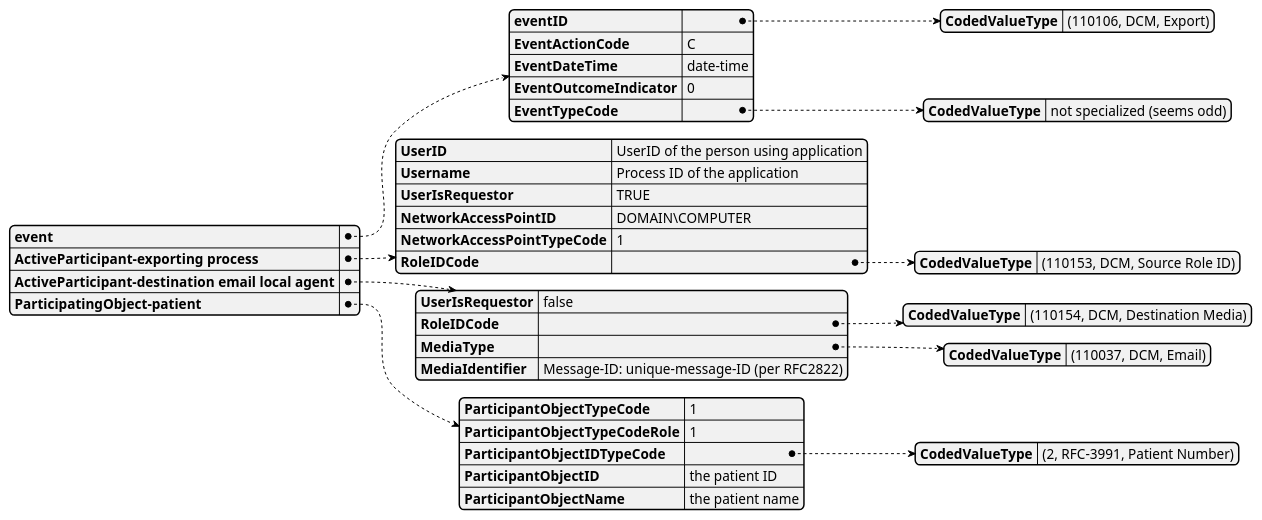
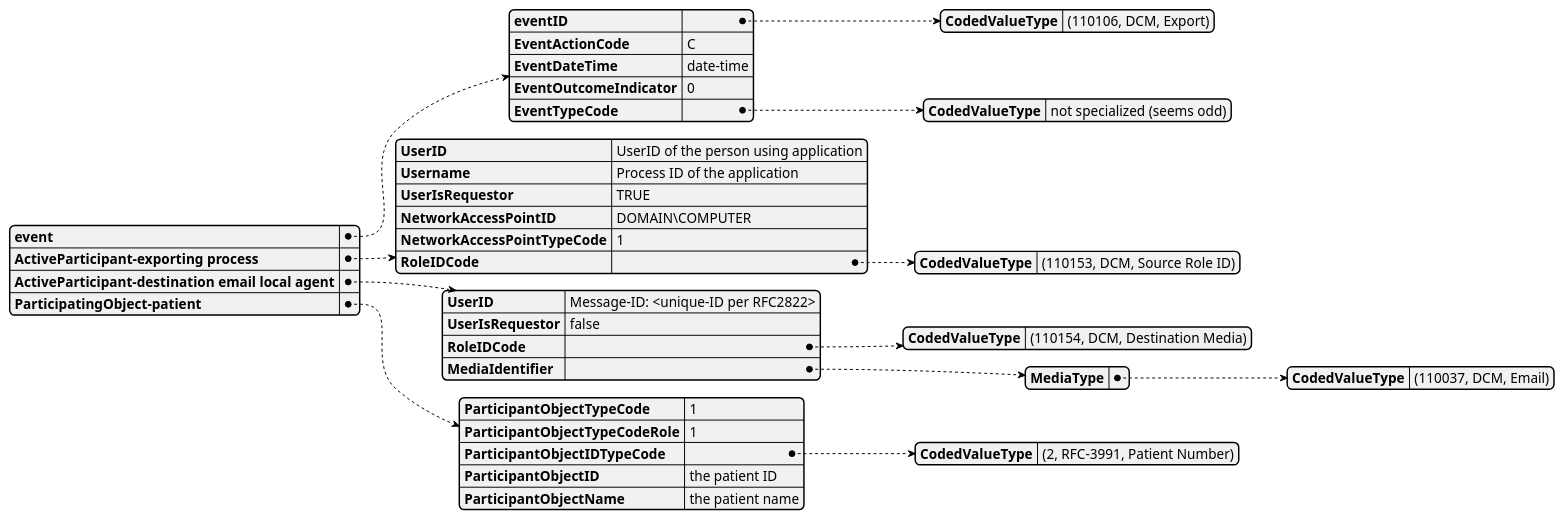
Before and after one commit to rjhorniii/wg14-audit-etc: the diagram in diagrams/export-example-ww.z-email-SMTP-1.puml, drawn with PlantUML. The commit also changed 3 other files, not shown here.

First line of the commit message:
Fix to match schema

```diff
--- a/diagrams/export-example-ww.z-email-SMTP-1.puml
+++ b/diagrams/export-example-ww.z-email-SMTP-1.puml
@@ -2,42 +2,44 @@
 @startjson
 {
 	"event": {
 	   "eventID" : {"CodedValueType" : "(110106, DCM, Export)"},
 	   "EventActionCode": "C",
 	   "EventDateTime" : "date-time",
 	   "EventOutcomeIndicator": "0",
 	   "EventTypeCode" : {
 	   	"CodedValueType" : "not specialized (seems odd)"
 		}
 	   },
 	"ActiveParticipant-exporting process" : {
 	   "UserID" : "UserID of the person using application",
 	   "Username" : "Process ID of the application",
 	   "UserIsRequestor" : "TRUE",
 	   "NetworkAccessPointID" : "DOMAIN\\COMPUTER",
 	   "NetworkAccessPointTypeCode" : "1",
 	   "RoleIDCode" : {
 	   	"CodedValueType" : "(110153, DCM, Source Role ID)"
 		}
 	   },
 	"ActiveParticipant-destination email local agent" : {
+	   "UserID" : "Message-ID: <unique-ID per RFC2822>",
 	   "UserIsRequestor" : "false",
 	   "RoleIDCode" : {
 	   	"CodedValueType" : "(110154, DCM, Destination Media)"
 		},
-	   "MediaType" : {
+	   "MediaIdentifier" : {
+	      "MediaType" : {
 	        "CodedValueType" : "(110037, DCM, Email)"
-		},
-	   "MediaIdentifier" : "Message-ID: unique-message-ID (per RFC2822)"
+	        }
+	      }
 	   },
 	"ParticipatingObject-patient" : {
 	    "ParticipantObjectTypeCode" : 1,
 	    "ParticipantObjectTypeCodeRole" : 1,
 	    "ParticipantObjectIDTypeCode" : {
 	        "CodedValueType" : "(2, RFC-3991, Patient Number)"
 	        },
 	    "ParticipantObjectID" : "the patient ID",
 	    "ParticipantObjectName" : "the patient name"
 	   }
 }
 @endjson
```
